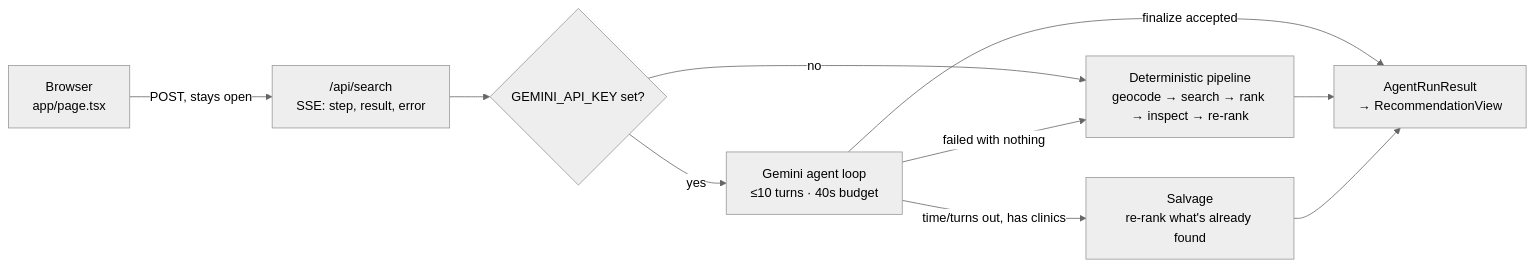
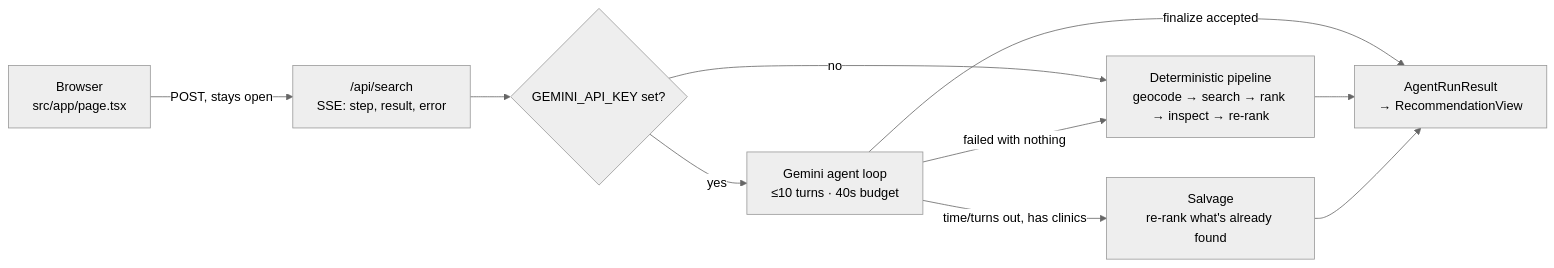
The first of 2 diagrams in INTERNALS.md (manA-UPEI/ClinicScout), drawn with Mermaid (neutral theme) before and after one commit. The commit also changed other lines of this file and 2 other files, not shown here.

First line of the commit message:
Update ARCHITECTURE.md/INTERNALS.md paths; backfill doc comments

````diff
--- a/INTERNALS.md
+++ b/INTERNALS.md
@@ -16,12 +17,12 @@
 ```mermaid
 flowchart LR
-    B["Browser<br/>app/page.tsx"] -->|"POST, stays open"| R["/api/search<br/>SSE: step, result, error"]
+    B["Browser<br/>src/app/page.tsx"] -->|"POST, stays open"| R["/api/search<br/>SSE: step, result, error"]
     R --> K{"GEMINI_API_KEY set?"}
     K -->|no| D["Deterministic pipeline<br/>geocode → search → rank → inspect → re-rank"]
     K -->|yes| A["Gemini agent loop<br/>≤10 turns · 40s budget"]
     A -->|finalize accepted| RES["AgentRunResult<br/>→ RecommendationView"]
     A -->|"time/turns out, has clinics"| S["Salvage<br/>re-rank what's already found"]
     A -->|"failed with nothing"| D
     D --> RES
     S --> RES
 ```
````
